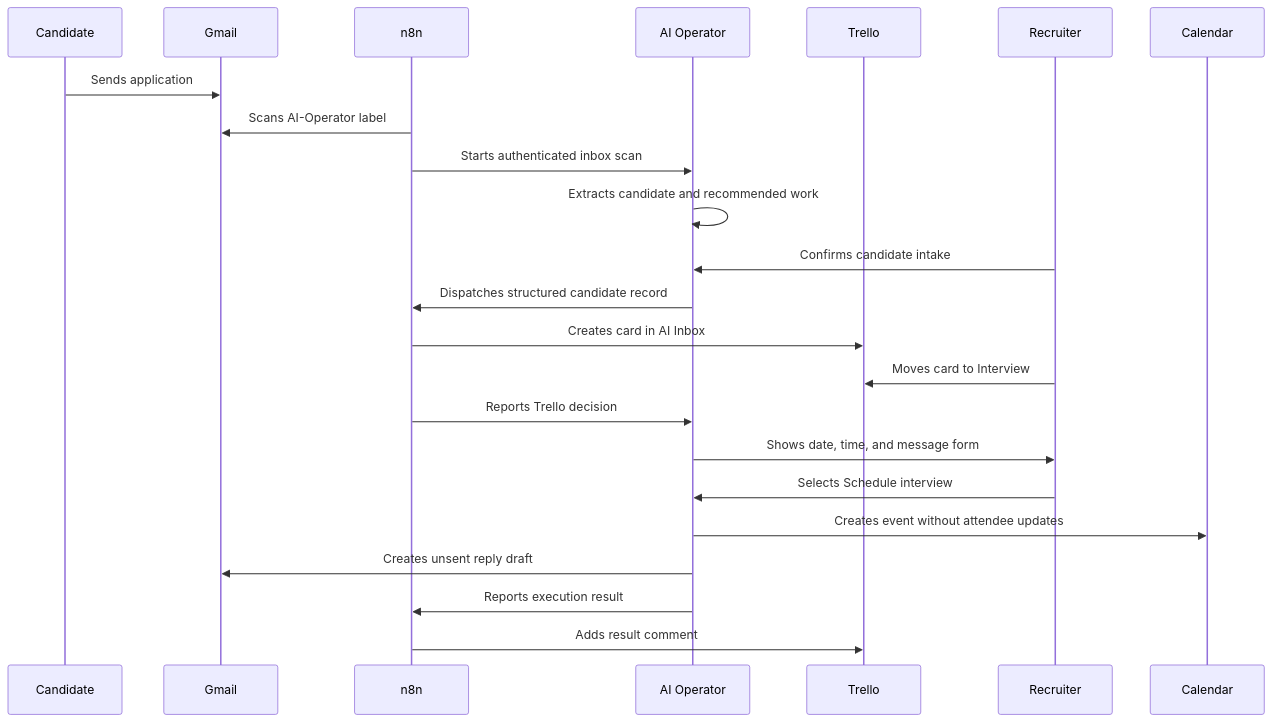
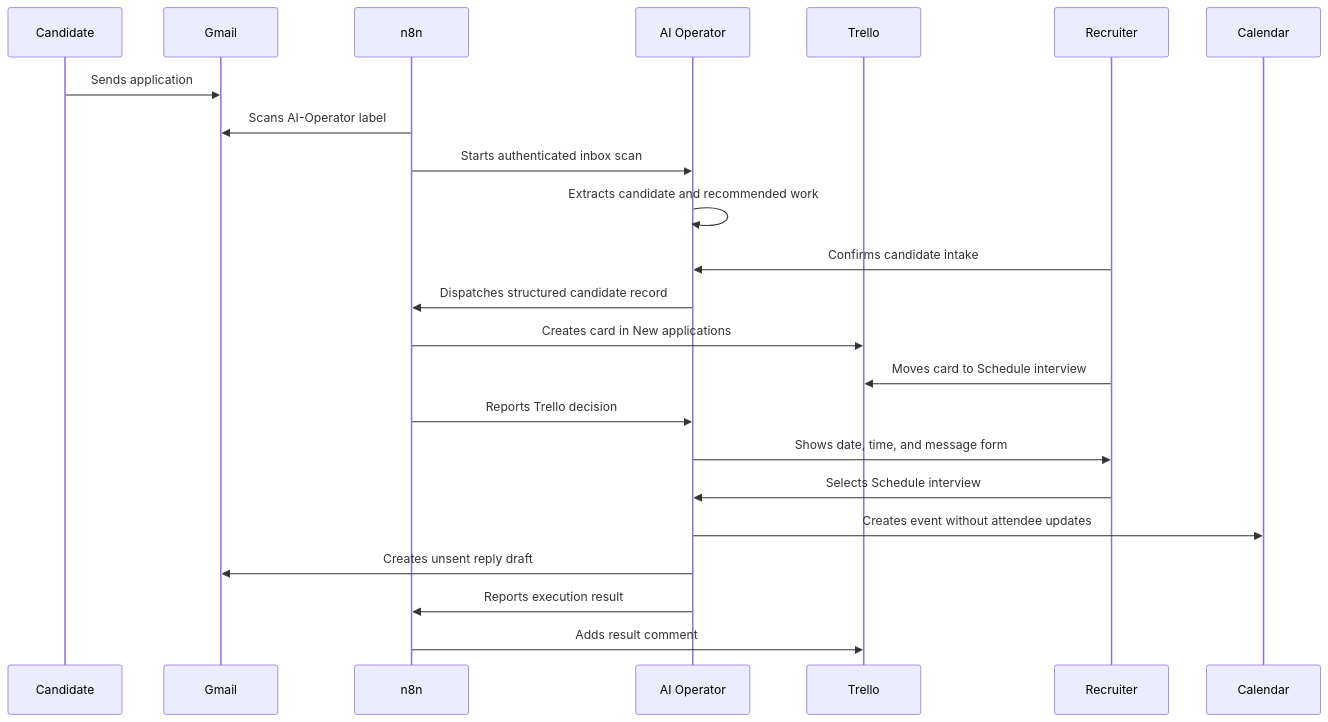
Before and after one commit to itqaanconsulting/ai-operator: the diagram in docs/recruitment-demo.md, drawn with Mermaid. The commit also changed other lines of this file and 18 other files, not shown here.

Commit message:
feat: complete recruitment automation flow

````diff
--- a/docs/recruitment-demo.md
+++ b/docs/recruitment-demo.md
@@ -20,26 +20,26 @@
 ```mermaid
 sequenceDiagram
     participant Candidate
     participant Gmail
     participant n8n
     participant AI as AI Operator
     participant Trello
     participant Recruiter
     participant Calendar
 
     Candidate->>Gmail: Sends application
     n8n->>Gmail: Scans AI-Operator label
     n8n->>AI: Starts authenticated inbox scan
     AI->>AI: Extracts candidate and recommended work
     Recruiter->>AI: Confirms candidate intake
     AI->>n8n: Dispatches structured candidate record
-    n8n->>Trello: Creates card in AI Inbox
-    Recruiter->>Trello: Moves card to Interview
+    n8n->>Trello: Creates card in New applications
+    Recruiter->>Trello: Moves card to Schedule interview
     n8n->>AI: Reports Trello decision
     AI->>Recruiter: Shows date, time, and message form
     Recruiter->>AI: Selects Schedule interview
     AI->>Calendar: Creates event without attendee updates
     AI->>Gmail: Creates unsent reply draft
     AI->>n8n: Reports execution result
     n8n->>Trello: Adds result comment
 ```
````
